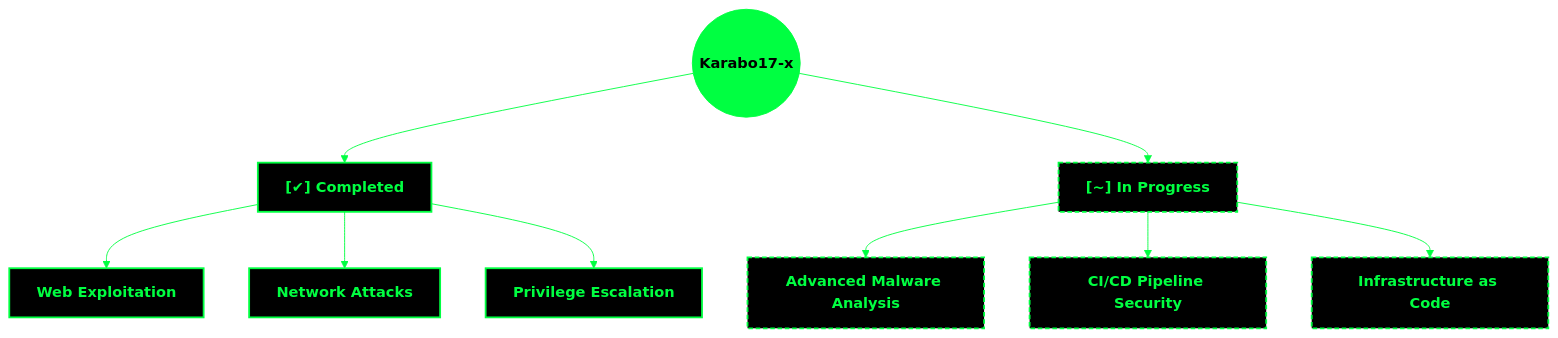
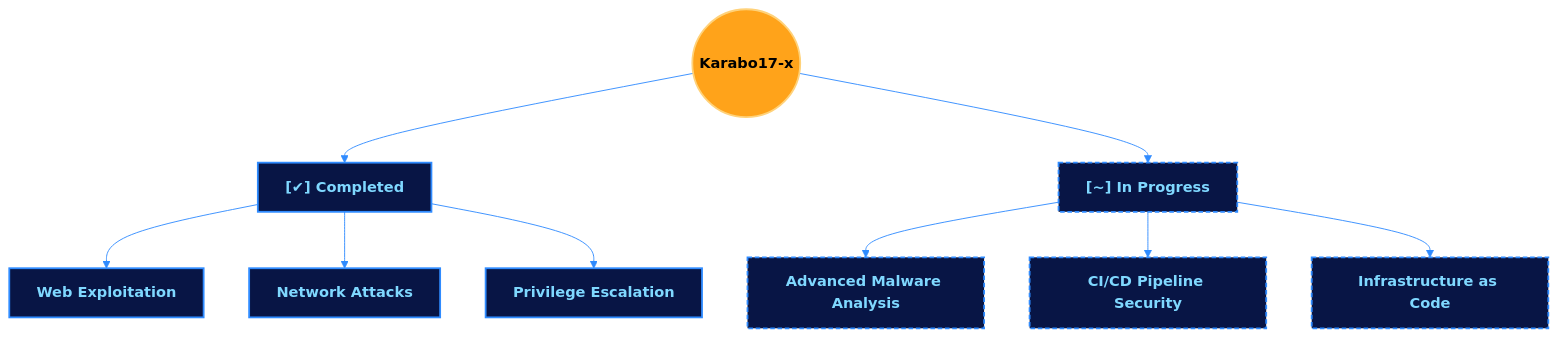
The fourth of 5 diagrams in README.md (karabo17-x/karabo17-x), drawn with Mermaid before and after one commit. The commit also changed other lines of this file, not shown here.

````diff
--- a/README.md
+++ b/README.md
@@ -134,22 +133,22 @@
 ```mermaid
-%%{init: {'theme':'base','themeVariables':{'background':'#000000','primaryColor':'#000000','primaryTextColor':'#00ff41','primaryBorderColor':'#00ff41','lineColor':'#00ff41','secondaryColor':'#000000','tertiaryColor':'#000000','fontFamily':'Courier New, monospace'}}}%%
+%%{init: {'theme':'base','themeVariables':{'background':'#000000','primaryColor':'#081545','primaryTextColor':'#7fd8ff','primaryBorderColor':'#2f8bff','lineColor':'#2f8bff','secondaryColor':'#000000','tertiaryColor':'#000000','fontFamily':'Courier New, monospace'}}}%%
 flowchart TB
     ME(("Karabo17-x"))
     ME --> DONE["[✔] Completed"]
     ME --> WIP["[~] In Progress"]
 
     DONE --> W1["Web Exploitation"]
     DONE --> W2["Network Attacks"]
     DONE --> W3["Privilege Escalation"]
 
     WIP --> P1["Advanced Malware Analysis"]
     WIP --> P2["CI/CD Pipeline Security"]
     WIP --> P3["Infrastructure as Code"]
 
-    classDef root fill:#00ff41,stroke:#00ff41,color:#000000,font-weight:bold;
-    classDef done fill:#000,stroke:#00ff41,stroke-width:2px,color:#00ff41;
-    classDef wip fill:#000,stroke:#00ff41,stroke-width:2px,stroke-dasharray:5 3,color:#00ff41;
+    classDef root fill:#ffa31a,stroke:#ffd27a,stroke-width:2px,color:#000000,font-weight:bold;
+    classDef done fill:#081545,stroke:#2f8bff,stroke-width:2px,color:#7fd8ff;
+    classDef wip fill:#081545,stroke:#2f8bff,stroke-width:2px,stroke-dasharray:5 3,color:#7fd8ff;
     class ME root;
     class DONE,W1,W2,W3 done;
     class WIP,P1,P2,P3 wip;
 ```
````
